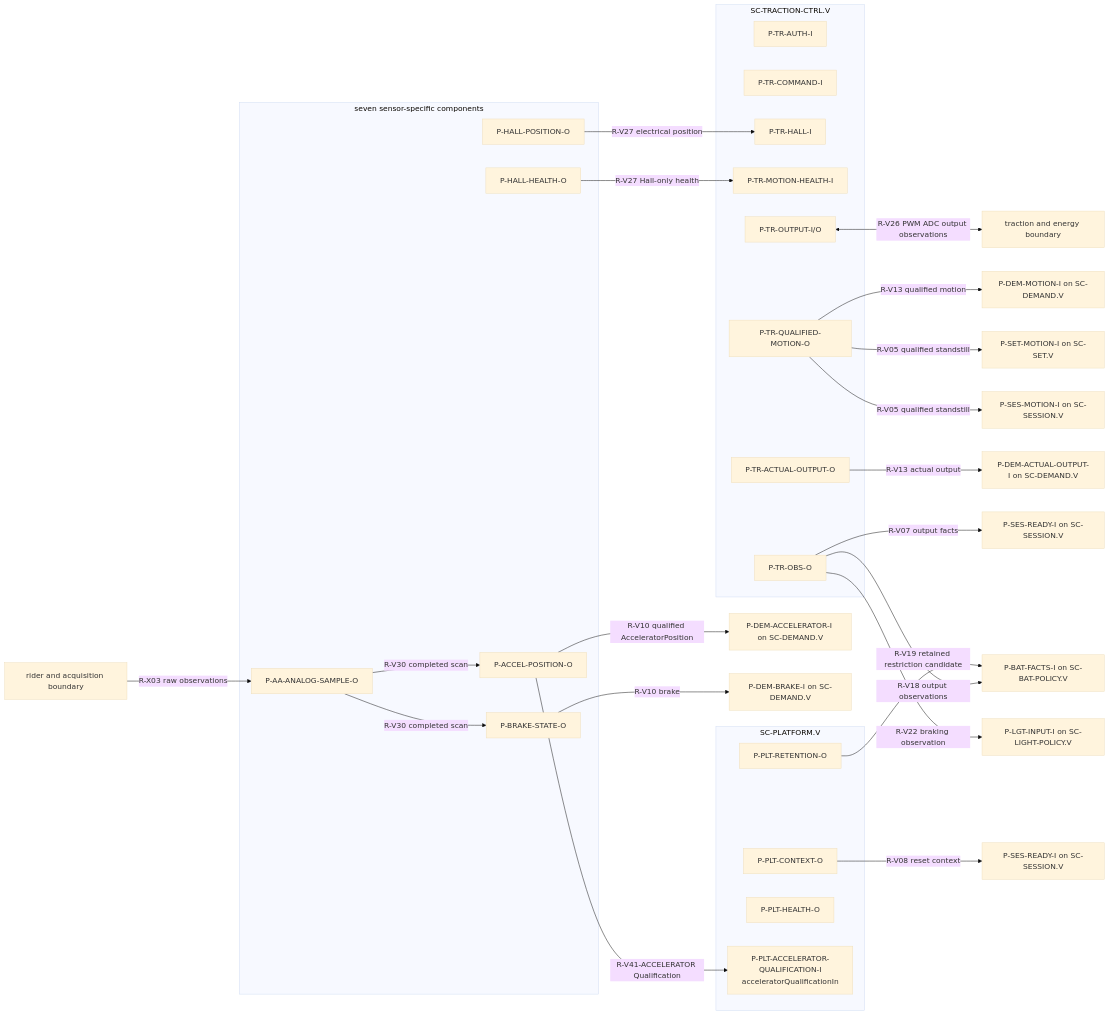
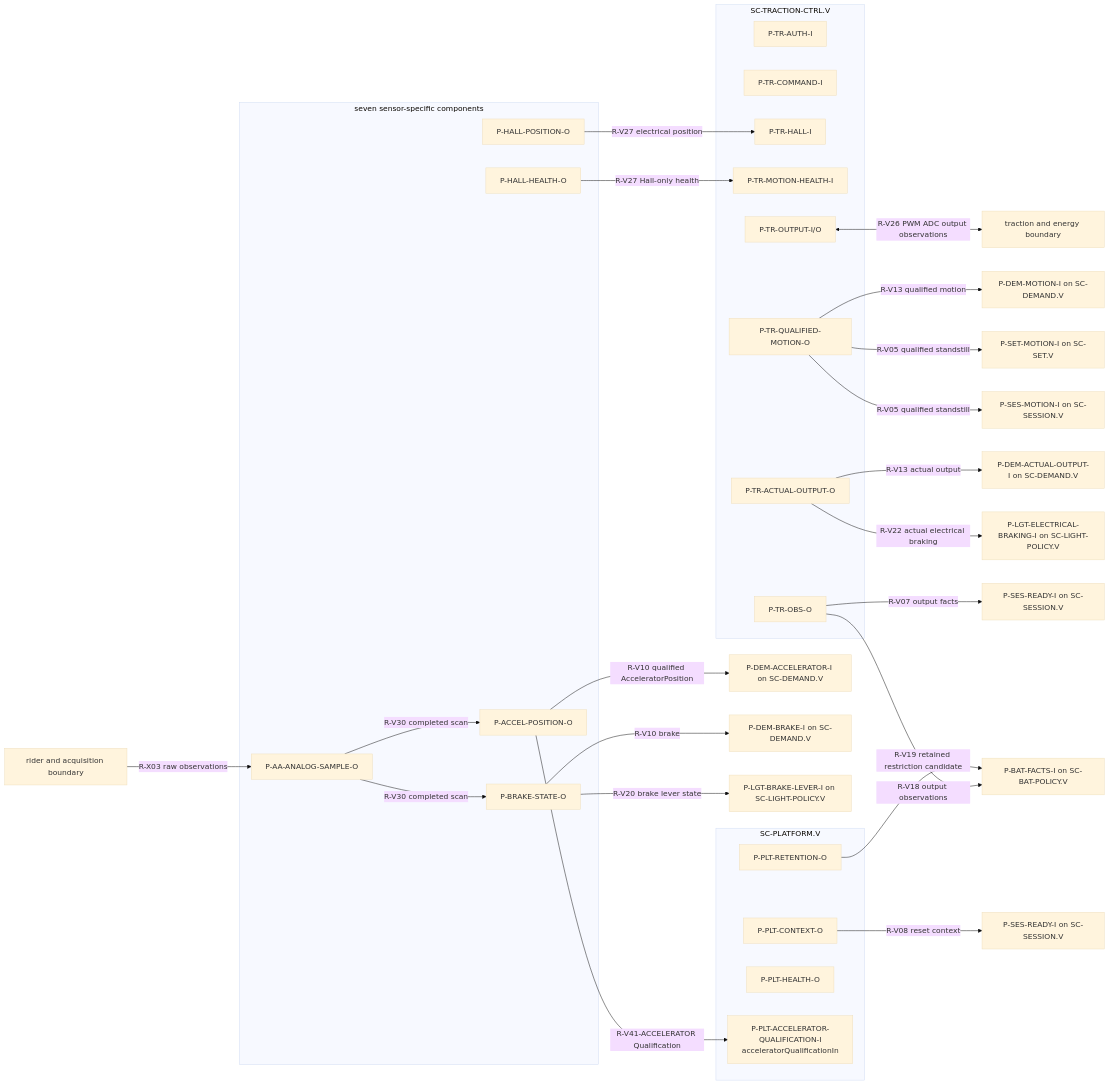
The third of 4 diagrams in .devenv/Architecture/SoftwareArchitecture/ARCH-003_Software_Architecture.md (dhellhake/X2CityMCU), drawn with Mermaid (base theme) before and after one commit. The commit also changed other lines of this file and 49 other files, not shown here.

````diff
--- a/.devenv/Architecture/SoftwareArchitecture/ARCH-003_Software_Architecture.md
+++ b/.devenv/Architecture/SoftwareArchitecture/ARCH-003_Software_Architecture.md
@@ -289,44 +292,45 @@
 ```mermaid
 flowchart LR
     subgraph SNS[seven sensor-specific components]
         AAO[P-AA-ANALOG-SAMPLE-O]
         APO[P-ACCEL-POSITION-O]
         BSO[P-BRAKE-STATE-O]
         HPO[P-HALL-POSITION-O]
         HHO[P-HALL-HEALTH-O]
     end
     subgraph TR[SC-TRACTION-CTRL.V]
         TAI[P-TR-AUTH-I]
         TCI2[P-TR-COMMAND-I]
         THI[P-TR-HALL-I]
         TMH[P-TR-MOTION-HEALTH-I]
         TIO[P-TR-OUTPUT-I/O]
         TMO[P-TR-QUALIFIED-MOTION-O]
         TAO[P-TR-ACTUAL-OUTPUT-O]
         TOB[P-TR-OBS-O]
     end
     subgraph PLT[SC-PLATFORM.V]
         PCO[P-PLT-CONTEXT-O]
         PRO[P-PLT-RETENTION-O]
         PHO[P-PLT-HEALTH-O]
         AQI[P-PLT-ACCELERATOR-QUALIFICATION-I\nacceleratorQualificationIn]
     end
     RAW[rider and acquisition boundary] -->|R-X03 raw observations| AAO
     AAO -->|R-V30 completed scan| APO
     AAO -->|R-V30 completed scan| BSO
     HPO -->|R-V27 electrical position| THI
     TIO <-->|R-V26 PWM ADC output observations| HW[traction and energy boundary]
     PCO -->|R-V08 reset context| SEDI3[P-SES-READY-I on SC-SESSION.V]
     PRO -->|R-V19 retained restriction candidate| BFI2[P-BAT-FACTS-I on SC-BAT-POLICY.V]
     APO -->|R-V10 qualified AcceleratorPosition| DAI2[P-DEM-ACCELERATOR-I on SC-DEMAND.V]
     APO -->|R-V41-ACCELERATOR Qualification| AQI
     BSO -->|R-V10 brake| DBI2[P-DEM-BRAKE-I on SC-DEMAND.V]
     TOB -->|R-V07 output facts| SEDI2[P-SES-READY-I on SC-SESSION.V]
     HHO -->|R-V27 Hall-only health| TMH
     TMO -->|R-V13 qualified motion| DMI2[P-DEM-MOTION-I on SC-DEMAND.V]
     TMO -->|R-V05 qualified standstill| SMI2[P-SET-MOTION-I on SC-SET.V]
     TMO -->|R-V05 qualified standstill| SEMI2[P-SES-MOTION-I on SC-SESSION.V]
     TAO -->|R-V13 actual output| DAO2[P-DEM-ACTUAL-OUTPUT-I on SC-DEMAND.V]
     TOB -->|R-V18 output observations| BFI2
-    TOB -->|R-V22 braking observation| LII2[P-LGT-INPUT-I on SC-LIGHT-POLICY.V]
+    BSO -->|R-V20 brake lever state| LBI2[P-LGT-BRAKE-LEVER-I on SC-LIGHT-POLICY.V]
+    TAO -->|R-V22 actual electrical braking| LEBI2[P-LGT-ELECTRICAL-BRAKING-I on SC-LIGHT-POLICY.V]
 ```
````
